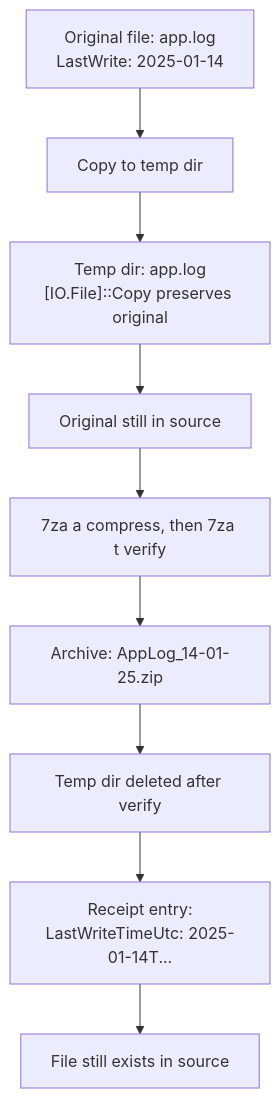
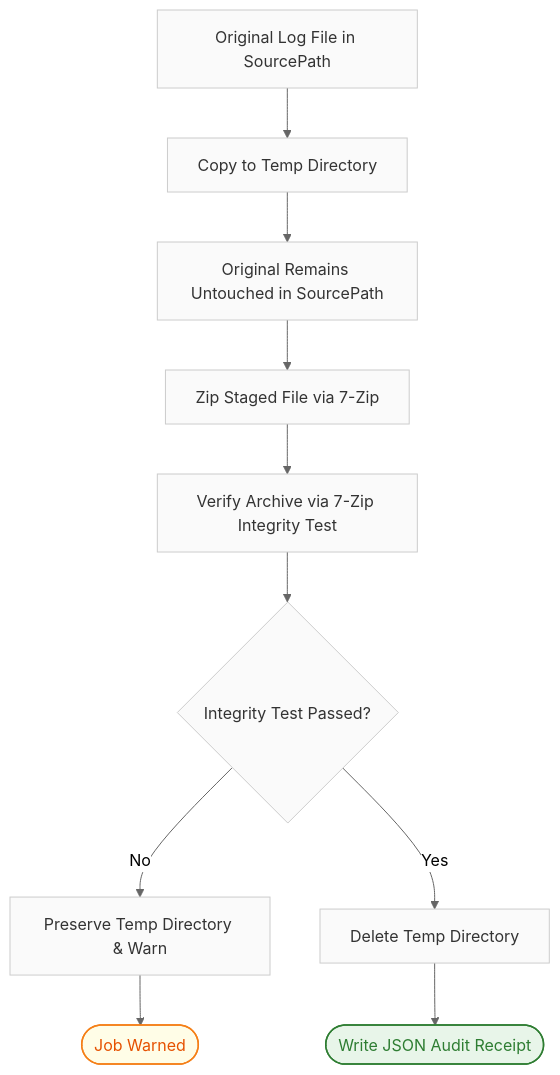
One commit to epuckop/shiny-pancake changed diagram 12 of 14 in docs/design/FLOWCHARTS.md. Above: the diagram before and after it, drawn with Mermaid. The commit also changed other lines of this file and 11 other files, not shown here.

First line of the commit message:
Finalize docs, add JSON schema, rename entry script to main.ps1

````diff
--- a/docs/design/FLOWCHARTS.md
+++ b/docs/design/FLOWCHARTS.md
@@ -276,11 +432,21 @@
 ```mermaid
+%%{init: {'theme': 'neutral', 'themeVariables': { 'fontFamily': 'Segoe UI, system-ui, -apple-system, sans-serif' }}}%%
 flowchart TD
-    A[Original file: app.log<br/>LastWrite: 2025-01-14] --> B[Copy to temp dir]
-    B --> C["Temp dir: app.log<br/>[IO.File]::Copy preserves original"]
-    C --> D[Original still in source]
-    D --> E[7za a compress, then 7za t verify]
-    E --> F[Archive: AppLog_14-01-25.zip]
-    F --> G[Temp dir deleted after verify]
-    G --> H[Receipt entry:<br/>LastWriteTimeUtc: 2025-01-14T...]
-    H --> I[File still exists in source]
+    classDef default fill:#fafafa,stroke:#ccc,stroke-width:1px,color:#333;
+    classDef success fill:#e8f5e9,stroke:#2e7d32,stroke-width:1.5px,color:#2e7d32;
+    classDef skip fill:#fffde7,stroke:#f57f17,stroke-width:1.5px,color:#e65100;
+
+    A[Original Log File in SourcePath] --> B[Copy to Temp Directory]
+    B --> C[Original Remains Untouched in SourcePath]
+    C --> D[Zip Staged File via 7-Zip]
+    D --> E[Verify Archive via 7-Zip Integrity Test]
+    
+    E --> F{Integrity Test Passed?}
+    F -->|No| G[Preserve Temp Directory & Warn] --> EndSkip([Job Warned])
+    F -->|Yes| H[Delete Temp Directory]
+    
+    H --> I([Write JSON Audit Receipt])
+
+    class I success;
+    class EndSkip skip;
 ```
````
